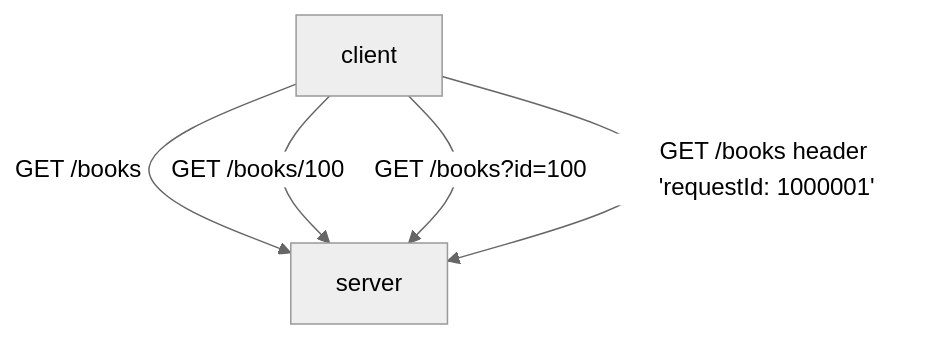
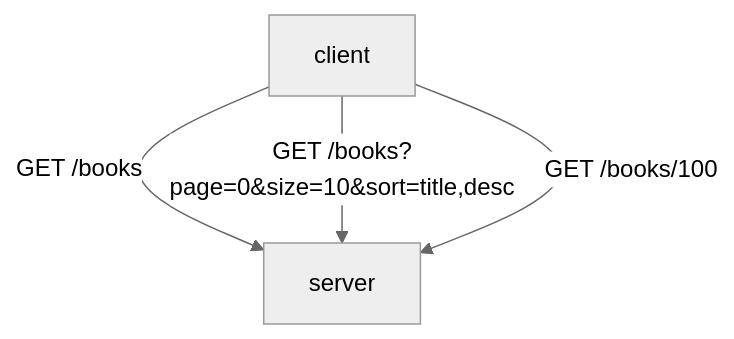
Before and after one commit to wkktoria/Bookify: the first of 10 diagrams in README.md, drawn with Mermaid (neutral theme). The commit also changed 4 other files, not shown here.

````diff
--- a/README.md
+++ b/README.md
@@ -21,7 +21,6 @@
 ```mermaid
 flowchart TD
     client -->|GET /books| server
+    client -->|GET /books?page=0&size=10&sort=title,desc| server
     client -->|GET /books/100| server
-    client -->|GET /books?id=100| server
-    client -->|GET /books header 'requestId: 1000001'| server
 ```
````
